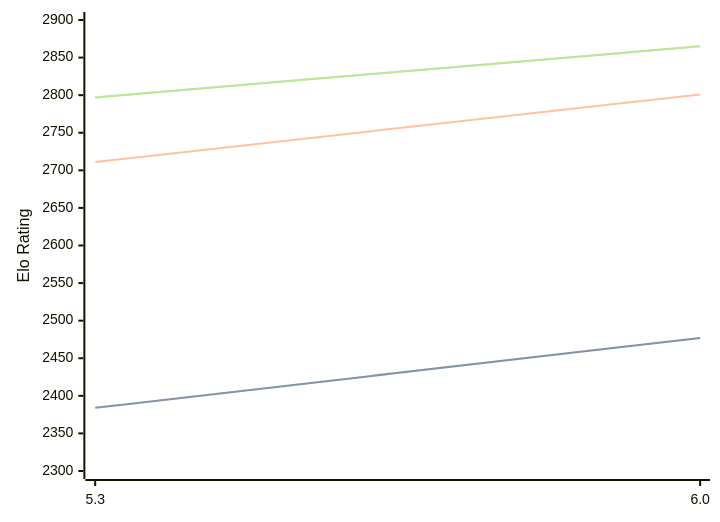
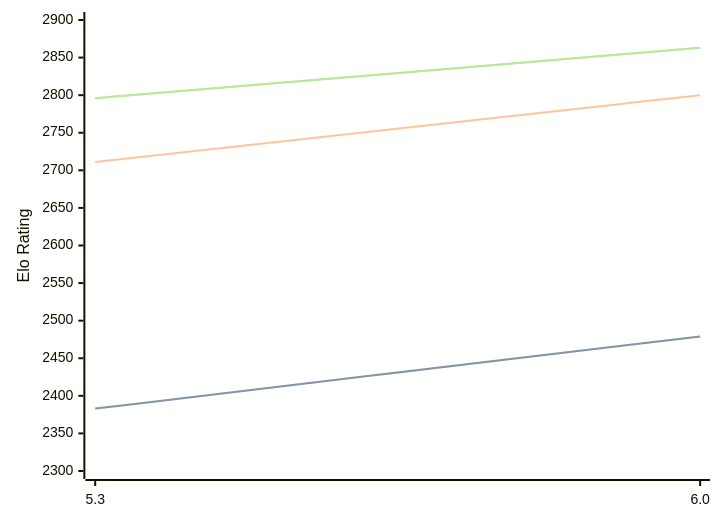
Before and after one commit to computer-chess-index/cci: the diagram in engines/tomitankChess.md, drawn with Mermaid. The commit also changed other lines of this file, not shown here.

Commit message:
Update CCI Ratings (ELO VLTC) - 2026-06-07

````diff
--- a/engines/tomitankChess.md
+++ b/engines/tomitankChess.md
@@ -40,11 +40,11 @@
 ```mermaid
 %%{init: {"theme":"base","themeVariables":{"seriesColors:['#a3a3a3','#222221','#faa371']}}}%%
 xychart-beta
   x-axis ["5.3", "6.0"]
   y-axis "Elo Rating" 2300 --> 2900
-  line "STC (8.0+0.08s)" [2384, 2477]
-  line "STC (8.0+0.08s)" [2384, 2477]
-  line "LTC (60.0+0.60s)" [2711, 2801]
-  line "VLTC (2m24s+1.12s)" [2797, 2865]
-  line "VLTC (2m24s+1.12s)" [2797, 2865]
+  line "STC (8.0+0.08s)" [2383, 2479]
+  line "STC (8.0+0.08s)" [2383, 2479]
+  line "LTC (60.0+0.60s)" [2711, 2800]
+  line "VLTC (2m24s+1.12s)" [2796, 2863]
+  line "VLTC (2m24s+1.12s)" [2796, 2863]
 ```
````
